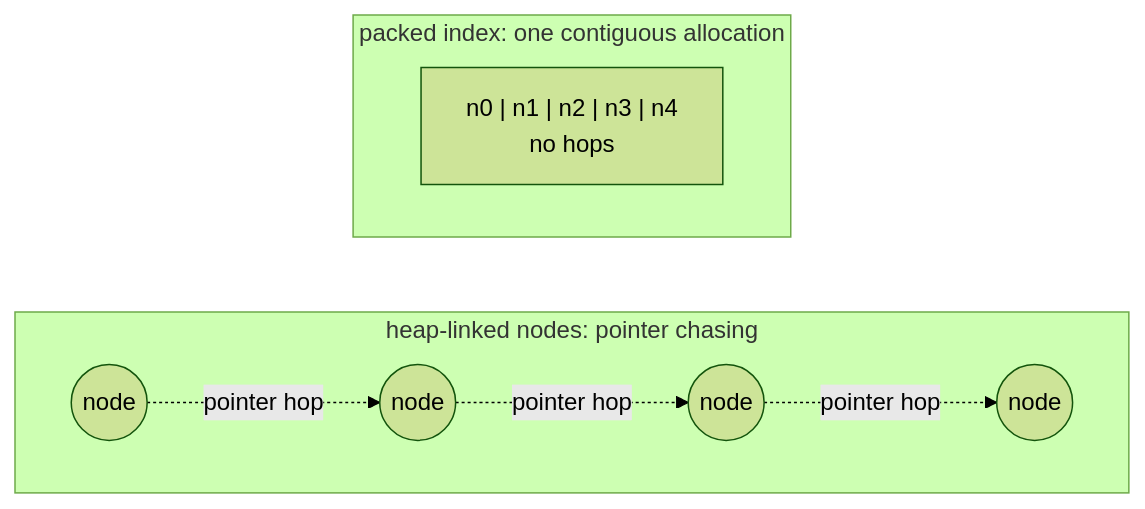
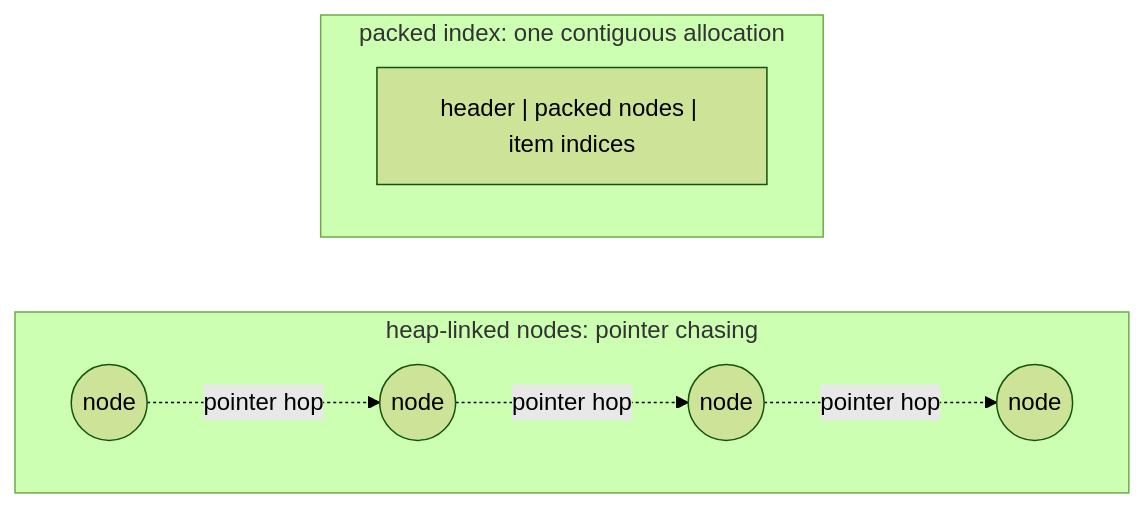
One commit to pranav-walimbe/PyCanopy changed the first of 3 diagrams in docs/how-it-works/in-memory-optimization.md. Above: the diagram before and after it, drawn with Mermaid (forest theme). The commit also changed other lines of this file and 5 other files, not shown here.

Commit message:
docs: refine architecture documentation

````diff
--- a/docs/how-it-works/in-memory-optimization.md
+++ b/docs/how-it-works/in-memory-optimization.md
@@ -9,13 +15,13 @@
 ```mermaid
 flowchart LR
     subgraph Linked["heap-linked nodes: pointer chasing"]
         direction LR
         A(("node")) -.pointer hop.-> B(("node"))
         B -.pointer hop.-> C(("node"))
         C -.pointer hop.-> D(("node"))
     end
     subgraph Packed["packed index: one contiguous allocation"]
         direction LR
-        Buf["n0 | n1 | n2 | n3 | n4<br/>no hops"]
+        Buf["header | packed nodes | item indices"]
     end
 ```
````
